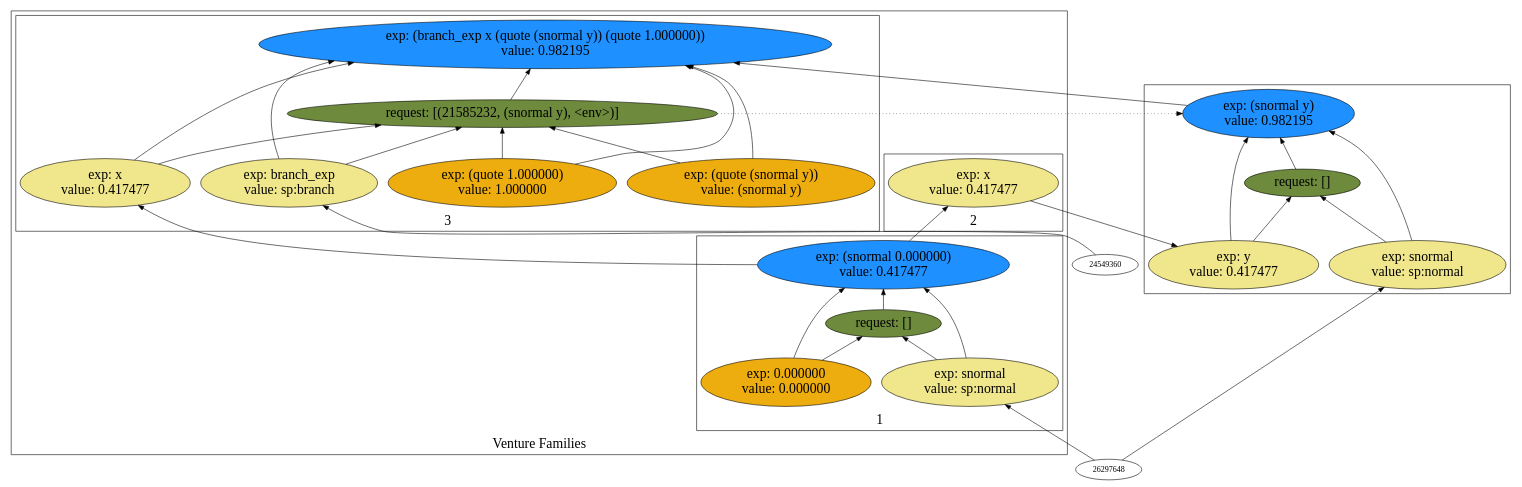
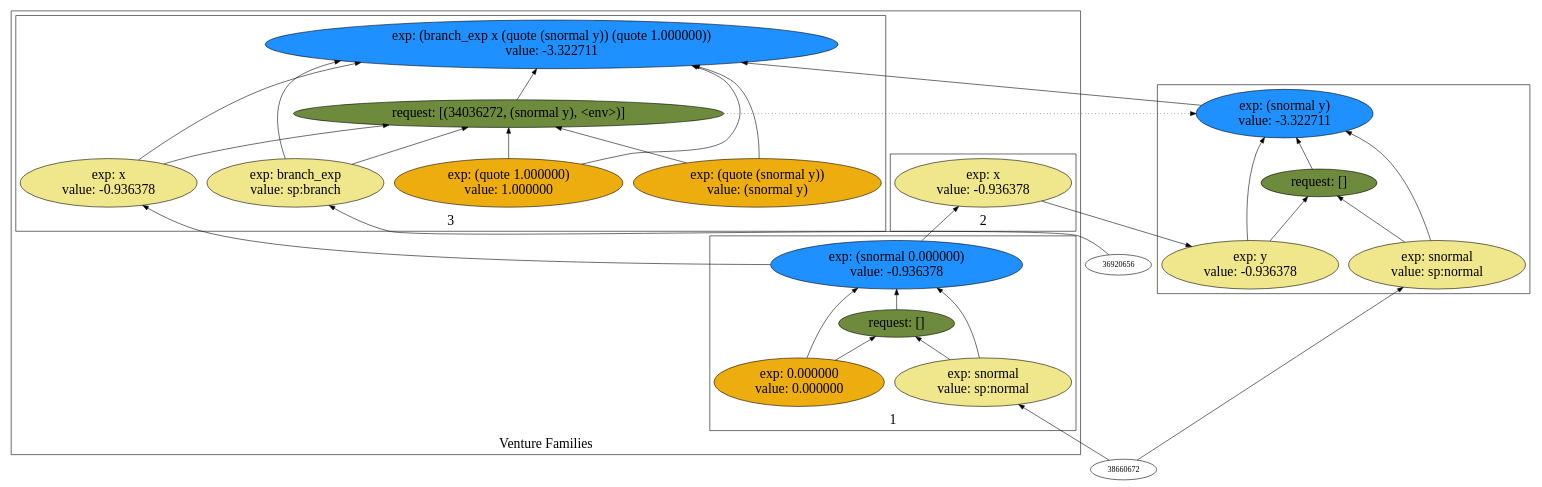
Before and after one commit to probcomp/Venturecxx: the diagram in backend/cxx/pdf_graphs/regen_to_eval_to_regen/dot1.dot, drawn with Graphviz. The commit also changed 374 other files, not shown here.

```diff
--- a/backend/cxx/pdf_graphs/regen_to_eval_to_regen/dot1.dot
+++ b/backend/cxx/pdf_graphs/regen_to_eval_to_regen/dot1.dot
@@ -1,67 +1,67 @@
 digraph {
 rankdir=BT
 fontsize=24
 subgraph cluster1 {
 label="Venture Families"
 subgraph cluster2 {
 label="1"
-"24548272"["fillcolor"="dodgerblue" "fontsize"="24" "label"="exp: (snormal 0.000000)\nvalue: 0.417477" "shape"="ellipse" "style"="filled" ]
-"24583872"["fillcolor"="darkolivegreen4" "fontsize"="24" "label"="request: []" "shape"="ellipse" "style"="filled" ]
-"23849776"["fillcolor"="khaki" "fontsize"="24" "label"="exp: snormal\nvalue: sp:normal" "shape"="ellipse" "style"="filled" ]
-"24312720"["fillcolor"="darkgoldenrod2" "fontsize"="24" "label"="exp: 0.000000\nvalue: 0.000000" "shape"="ellipse" "style"="filled" ]
+"36919568"["fillcolor"="dodgerblue" "fontsize"="24" "label"="exp: (snormal 0.000000)\nvalue: -0.936378" "shape"="ellipse" "style"="filled" ]
+"38700016"["fillcolor"="darkolivegreen4" "fontsize"="24" "label"="request: []" "shape"="ellipse" "style"="filled" ]
+"33092592"["fillcolor"="khaki" "fontsize"="24" "label"="exp: snormal\nvalue: sp:normal" "shape"="ellipse" "style"="filled" ]
+"33936992"["fillcolor"="darkgoldenrod2" "fontsize"="24" "label"="exp: 0.000000\nvalue: 0.000000" "shape"="ellipse" "style"="filled" ]
 }
 
 subgraph cluster3 {
 label="2"
-"21242832"["fillcolor"="khaki" "fontsize"="24" "label"="exp: x\nvalue: 0.417477" "shape"="ellipse" "style"="filled" ]
+"33943744"["fillcolor"="khaki" "fontsize"="24" "label"="exp: x\nvalue: -0.936378" "shape"="ellipse" "style"="filled" ]
 }
 
 subgraph cluster4 {
 label="3"
-"20015792"["fillcolor"="dodgerblue" "fontsize"="24" "label"="exp: (branch_exp x (quote (snormal y)) (quote 1.000000))\nvalue: 0.982195" "shape"="ellipse" "style"="filled" ]
-"21585232"["fillcolor"="darkolivegreen4" "fontsize"="24" "label"="request: [(21585232, (snormal y), <env>)]" "shape"="ellipse" "style"="filled" ]
-"20003376"["fillcolor"="khaki" "fontsize"="24" "label"="exp: branch_exp\nvalue: sp:branch" "shape"="ellipse" "style"="filled" ]
-"19542832"["fillcolor"="khaki" "fontsize"="24" "label"="exp: x\nvalue: 0.417477" "shape"="ellipse" "style"="filled" ]
-"19090464"["fillcolor"="darkgoldenrod2" "fontsize"="24" "label"="exp: (quote (snormal y))\nvalue: (snormal y)" "shape"="ellipse" "style"="filled" ]
-"19527392"["fillcolor"="darkgoldenrod2" "fontsize"="24" "label"="exp: (quote 1.000000)\nvalue: 1.000000" "shape"="ellipse" "style"="filled" ]
+"29656560"["fillcolor"="dodgerblue" "fontsize"="24" "label"="exp: (branch_exp x (quote (snormal y)) (quote 1.000000))\nvalue: -3.322711" "shape"="ellipse" "style"="filled" ]
+"34036272"["fillcolor"="darkolivegreen4" "fontsize"="24" "label"="request: [(34036272, (snormal y), <env>)]" "shape"="ellipse" "style"="filled" ]
+"31341232"["fillcolor"="khaki" "fontsize"="24" "label"="exp: branch_exp\nvalue: sp:branch" "shape"="ellipse" "style"="filled" ]
+"31328816"["fillcolor"="khaki" "fontsize"="24" "label"="exp: x\nvalue: -0.936378" "shape"="ellipse" "style"="filled" ]
+"30868272"["fillcolor"="darkgoldenrod2" "fontsize"="24" "label"="exp: (quote (snormal y))\nvalue: (snormal y)" "shape"="ellipse" "style"="filled" ]
+"30415904"["fillcolor"="darkgoldenrod2" "fontsize"="24" "label"="exp: (quote 1.000000)\nvalue: 1.000000" "shape"="ellipse" "style"="filled" ]
 }
 
 }
 
 subgraph cluster5 {
 label=""
-"17032960"["fillcolor"="dodgerblue" "fontsize"="24" "label"="exp: (snormal y)\nvalue: 0.982195" "shape"="ellipse" "style"="filled" ]
-"19730320"["fillcolor"="darkolivegreen4" "fontsize"="24" "label"="request: []" "shape"="ellipse" "style"="filled" ]
-"19757488"["fillcolor"="khaki" "fontsize"="24" "label"="exp: snormal\nvalue: sp:normal" "shape"="ellipse" "style"="filled" ]
-"22550704"["fillcolor"="khaki" "fontsize"="24" "label"="exp: y\nvalue: 0.417477" "shape"="ellipse" "style"="filled" ]
+"31055760"["fillcolor"="dodgerblue" "fontsize"="24" "label"="exp: (snormal y)\nvalue: -3.322711" "shape"="ellipse" "style"="filled" ]
+"30852832"["fillcolor"="darkolivegreen4" "fontsize"="24" "label"="request: []" "shape"="ellipse" "style"="filled" ]
+"28358400"["fillcolor"="khaki" "fontsize"="24" "label"="exp: snormal\nvalue: sp:normal" "shape"="ellipse" "style"="filled" ]
+"31082928"["fillcolor"="khaki" "fontsize"="24" "label"="exp: y\nvalue: -0.936378" "shape"="ellipse" "style"="filled" ]
 }
 
-"19757488" -> "17032960"["arrowhead"="normal" "color"="black" "constraint"="true" "style"="solid" ]
-"19757488" -> "19730320"["arrowhead"="normal" "color"="black" "constraint"="true" "style"="solid" ]
-"26297648" -> "19757488"["arrowhead"="normal" "color"="black" "constraint"="true" "style"="solid" ]
-"22550704" -> "17032960"["arrowhead"="normal" "color"="black" "constraint"="true" "style"="solid" ]
-"22550704" -> "19730320"["arrowhead"="normal" "color"="black" "constraint"="true" "style"="solid" ]
-"21242832" -> "22550704"["arrowhead"="normal" "color"="black" "constraint"="true" "style"="solid" ]
-"19730320" -> "17032960"["arrowhead"="normal" "color"="black" "constraint"="true" "style"="solid" ]
-"20003376" -> "20015792"["arrowhead"="normal" "color"="black" "constraint"="true" "style"="solid" ]
-"20003376" -> "21585232"["arrowhead"="normal" "color"="black" "constraint"="true" "style"="solid" ]
-"24549360" -> "20003376"["arrowhead"="normal" "color"="black" "constraint"="true" "style"="solid" ]
-"19542832" -> "20015792"["arrowhead"="normal" "color"="black" "constraint"="true" "style"="solid" ]
-"19542832" -> "21585232"["arrowhead"="normal" "color"="black" "constraint"="true" "style"="solid" ]
-"24548272" -> "19542832"["arrowhead"="normal" "color"="black" "constraint"="true" "style"="solid" ]
-"19090464" -> "20015792"["arrowhead"="normal" "color"="black" "constraint"="true" "style"="solid" ]
-"19090464" -> "21585232"["arrowhead"="normal" "color"="black" "constraint"="true" "style"="solid" ]
-"19527392" -> "20015792"["arrowhead"="normal" "color"="black" "constraint"="true" "style"="solid" ]
-"19527392" -> "21585232"["arrowhead"="normal" "color"="black" "constraint"="true" "style"="solid" ]
-"21585232" -> "20015792"["arrowhead"="normal" "color"="black" "constraint"="true" "style"="solid" ]
-"17032960" -> "20015792"["arrowhead"="normal" "color"="black" "constraint"="true" "style"="solid" ]
-"21585232" -> "17032960"["arrowhead"="normal" "color"="black" "constraint"="false" "style"="dotted" ]
-"24548272" -> "21242832"["arrowhead"="normal" "color"="black" "constraint"="true" "style"="solid" ]
-"23849776" -> "24548272"["arrowhead"="normal" "color"="black" "constraint"="true" "style"="solid" ]
-"23849776" -> "24583872"["arrowhead"="normal" "color"="black" "constraint"="true" "style"="solid" ]
-"26297648" -> "23849776"["arrowhead"="normal" "color"="black" "constraint"="true" "style"="solid" ]
-"24312720" -> "24548272"["arrowhead"="normal" "color"="black" "constraint"="true" "style"="solid" ]
-"24312720" -> "24583872"["arrowhead"="normal" "color"="black" "constraint"="true" "style"="solid" ]
-"24583872" -> "24548272"["arrowhead"="normal" "color"="black" "constraint"="true" "style"="solid" ]
+"31341232" -> "29656560"["arrowhead"="normal" "color"="black" "constraint"="true" "style"="solid" ]
+"31341232" -> "34036272"["arrowhead"="normal" "color"="black" "constraint"="true" "style"="solid" ]
+"36920656" -> "31341232"["arrowhead"="normal" "color"="black" "constraint"="true" "style"="solid" ]
+"31328816" -> "29656560"["arrowhead"="normal" "color"="black" "constraint"="true" "style"="solid" ]
+"31328816" -> "34036272"["arrowhead"="normal" "color"="black" "constraint"="true" "style"="solid" ]
+"36919568" -> "31328816"["arrowhead"="normal" "color"="black" "constraint"="true" "style"="solid" ]
+"30868272" -> "29656560"["arrowhead"="normal" "color"="black" "constraint"="true" "style"="solid" ]
+"30868272" -> "34036272"["arrowhead"="normal" "color"="black" "constraint"="true" "style"="solid" ]
+"30415904" -> "29656560"["arrowhead"="normal" "color"="black" "constraint"="true" "style"="solid" ]
+"30415904" -> "34036272"["arrowhead"="normal" "color"="black" "constraint"="true" "style"="solid" ]
+"34036272" -> "29656560"["arrowhead"="normal" "color"="black" "constraint"="true" "style"="solid" ]
+"31055760" -> "29656560"["arrowhead"="normal" "color"="black" "constraint"="true" "style"="solid" ]
+"34036272" -> "31055760"["arrowhead"="normal" "color"="black" "constraint"="false" "style"="dotted" ]
+"28358400" -> "31055760"["arrowhead"="normal" "color"="black" "constraint"="true" "style"="solid" ]
+"28358400" -> "30852832"["arrowhead"="normal" "color"="black" "constraint"="true" "style"="solid" ]
+"38660672" -> "28358400"["arrowhead"="normal" "color"="black" "constraint"="true" "style"="solid" ]
+"31082928" -> "31055760"["arrowhead"="normal" "color"="black" "constraint"="true" "style"="solid" ]
+"31082928" -> "30852832"["arrowhead"="normal" "color"="black" "constraint"="true" "style"="solid" ]
+"33943744" -> "31082928"["arrowhead"="normal" "color"="black" "constraint"="true" "style"="solid" ]
+"30852832" -> "31055760"["arrowhead"="normal" "color"="black" "constraint"="true" "style"="solid" ]
+"36919568" -> "33943744"["arrowhead"="normal" "color"="black" "constraint"="true" "style"="solid" ]
+"33092592" -> "36919568"["arrowhead"="normal" "color"="black" "constraint"="true" "style"="solid" ]
+"33092592" -> "38700016"["arrowhead"="normal" "color"="black" "constraint"="true" "style"="solid" ]
+"38660672" -> "33092592"["arrowhead"="normal" "color"="black" "constraint"="true" "style"="solid" ]
+"33936992" -> "36919568"["arrowhead"="normal" "color"="black" "constraint"="true" "style"="solid" ]
+"33936992" -> "38700016"["arrowhead"="normal" "color"="black" "constraint"="true" "style"="solid" ]
+"38700016" -> "36919568"["arrowhead"="normal" "color"="black" "constraint"="true" "style"="solid" ]
 
 }
```
